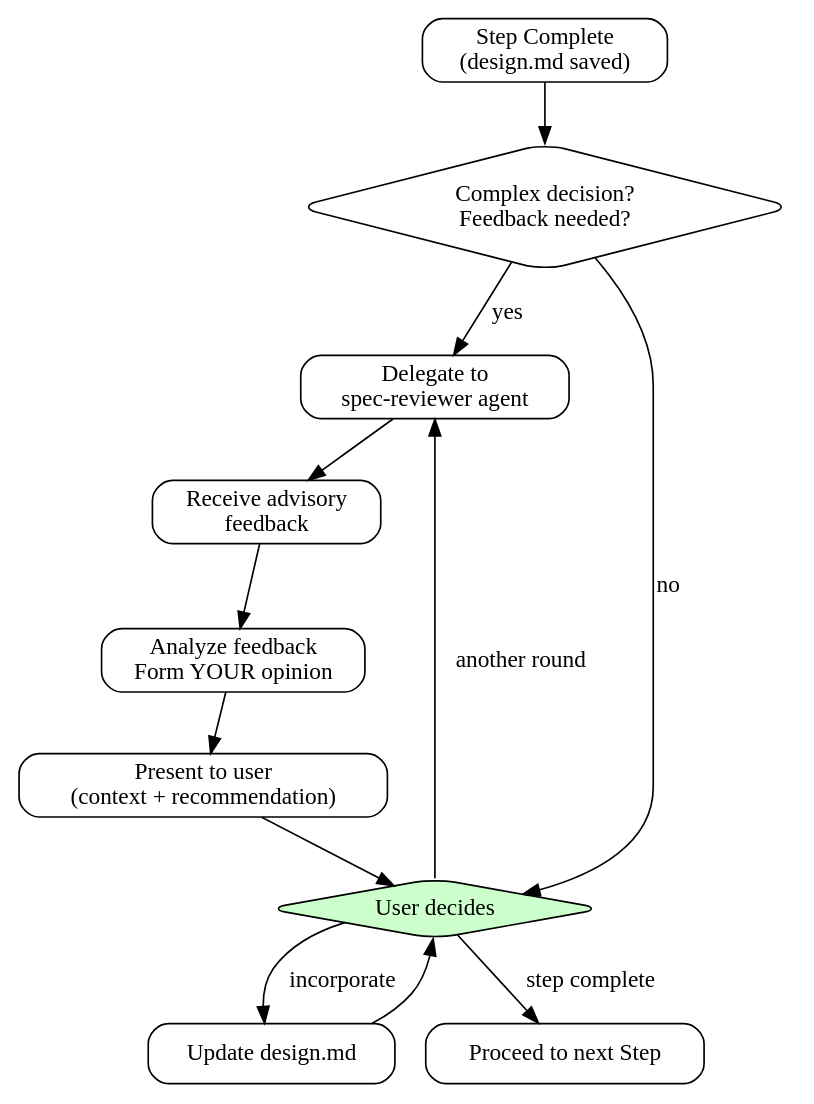
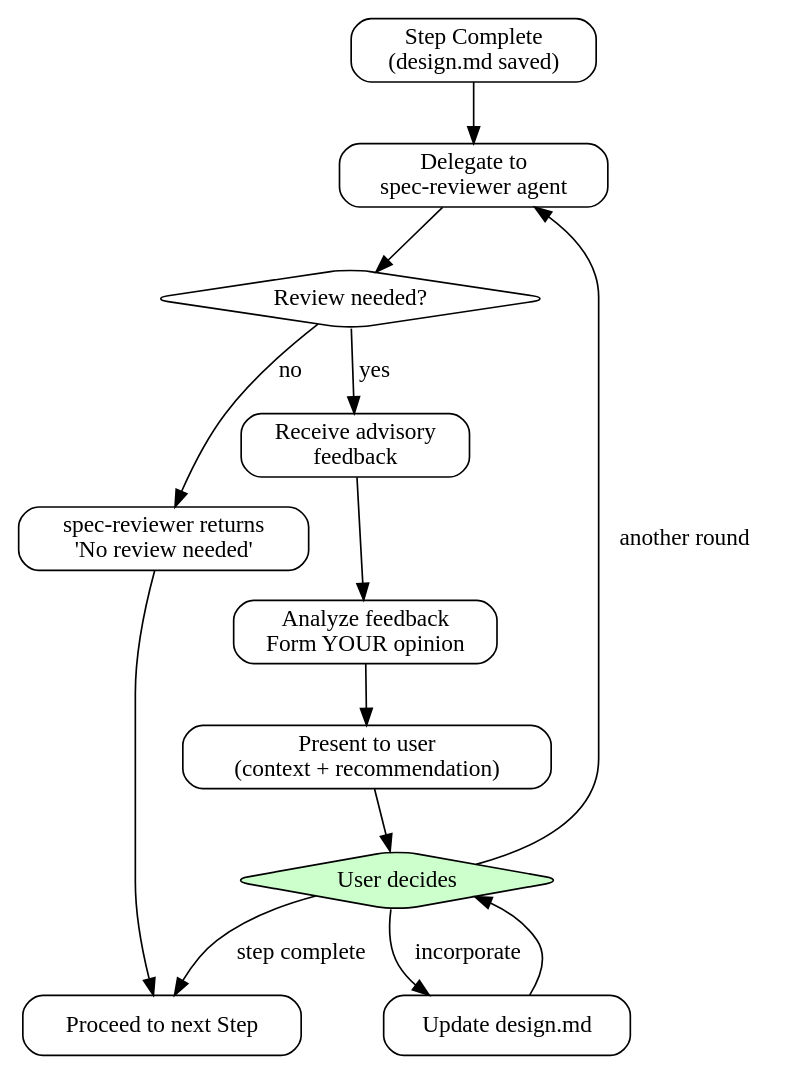
Before and after one commit to toongri/oh-my-toong-playground: the diagram in skills/spec/SKILL.md, drawn with Graphviz. The commit also changed other lines of this file and 1 other file, not shown here.

Commit message:
refactor: spec-reviewer 결정 프로세스 및 응답 처리 명확화

````diff
--- a/skills/spec/SKILL.md
+++ b/skills/spec/SKILL.md
@@ -150,28 +140,30 @@
 ```dot
 digraph feedback_loop {
     rankdir=TB;
     node [shape=box, style=rounded];
 
     complete_step [label="Step Complete\n(design.md saved)"];
-    need_review [label="Complex decision?\nFeedback needed?", shape=diamond];
     delegate [label="Delegate to\nspec-reviewer agent"];
+    check_response [label="Review needed?", shape=diamond];
+    no_review [label="spec-reviewer returns\n'No review needed'"];
     receive_feedback [label="Receive advisory\nfeedback"];
     analyze [label="Analyze feedback\nForm YOUR opinion"];
     present [label="Present to user\n(context + recommendation)"];
     user_decides [label="User decides", shape=diamond, style="rounded,filled", fillcolor="#ccffcc"];
     incorporate [label="Update design.md"];
     next_step [label="Proceed to next Step"];
 
-    complete_step -> need_review;
-    need_review -> delegate [label="yes"];
-    need_review -> user_decides [label="no"];
-    delegate -> receive_feedback;
+    complete_step -> delegate;
+    delegate -> check_response;
+    check_response -> no_review [label="no"];
+    check_response -> receive_feedback [label="yes"];
+    no_review -> next_step;
     receive_feedback -> analyze;
     analyze -> present;
     present -> user_decides;
     user_decides -> incorporate [label="incorporate"];
     user_decides -> delegate [label="another round"];
     user_decides -> next_step [label="step complete"];
     incorporate -> user_decides;
 }
 ```
````
